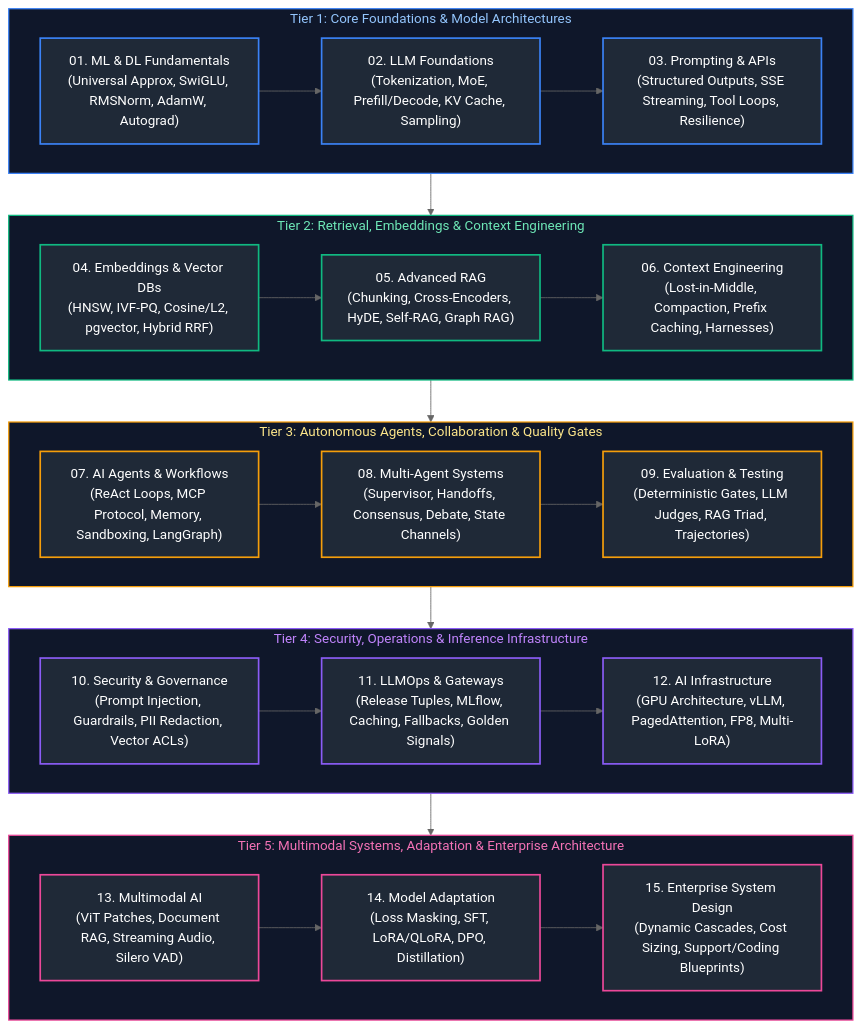
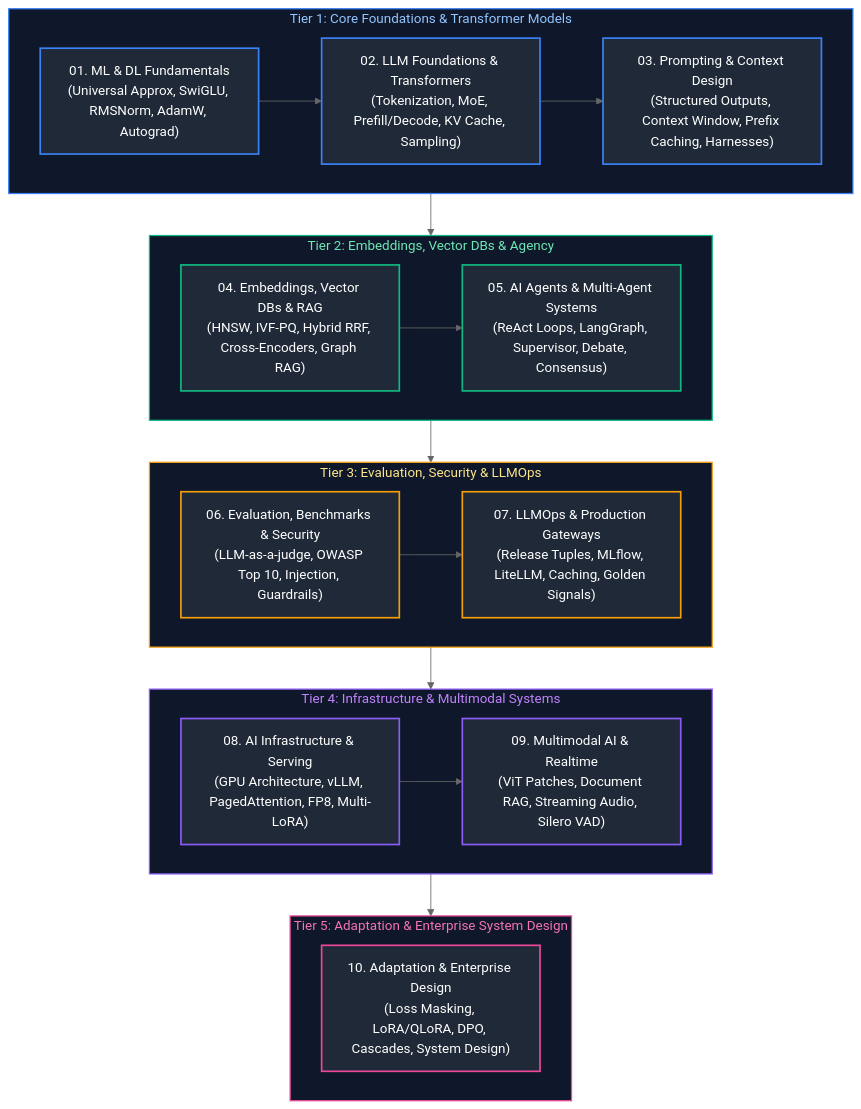
The diagram in AI Engineering/00_ai_study_guide_and_index.md (joydeep-biswas/Interview-Preparation), drawn with Mermaid (neutral theme) before and after one commit. The commit also changed other lines of this file and 178 other files, not shown here.

````diff
--- a/AI Engineering/00_ai_study_guide_and_index.md
+++ b/AI Engineering/00_ai_study_guide_and_index.md
@@ -11,63 +11,53 @@
 ```mermaid
 flowchart TD
-    subgraph Tier1 ["Tier 1: Core Foundations & Model Architectures"]
+    subgraph Tier1 ["Tier 1: Core Foundations & Transformer Models"]
         direction LR
         M1["01. ML & DL Fundamentals<br/>(Universal Approx, SwiGLU, RMSNorm, AdamW, Autograd)"]
-        --> M2["02. LLM Foundations<br/>(Tokenization, MoE, Prefill/Decode, KV Cache, Sampling)"]
-        --> M3["03. Prompting & APIs<br/>(Structured Outputs, SSE Streaming, Tool Loops, Resilience)"]
+        --> M2["02. LLM Foundations & Transformers<br/>(Tokenization, MoE, Prefill/Decode, KV Cache, Sampling)"]
+        --> M3["03. Prompting & Context Design<br/>(Structured Outputs, Context Window, Prefix Caching, Harnesses)"]
     end
 
-    subgraph Tier2 ["Tier 2: Retrieval, Embeddings & Context Engineering"]
+    subgraph Tier2 ["Tier 2: Embeddings, Vector DBs & Agency"]
         direction LR
-        M4["04. Embeddings & Vector DBs<br/>(HNSW, IVF-PQ, Cosine/L2, pgvector, Hybrid RRF)"]
-        --> M5["05. Advanced RAG<br/>(Chunking, Cross-Encoders, HyDE, Self-RAG, Graph RAG)"]
-        --> M6["06. Context Engineering<br/>(Lost-in-Middle, Compaction, Prefix Caching, Harnesses)"]
+        M4["04. Embeddings, Vector DBs & RAG<br/>(HNSW, IVF-PQ, Hybrid RRF, Cross-Encoders, Graph RAG)"]
+        --> M5["05. AI Agents & Multi-Agent Systems<br/>(ReAct Loops, LangGraph, Supervisor, Debate, Consensus)"]
     end
 
-    subgraph Tier3 ["Tier 3: Autonomous Agents, Collaboration & Quality Gates"]
+    subgraph Tier3 ["Tier 3: Evaluation, Security & LLMOps"]
         direction LR
-        M7["07. AI Agents & Workflows<br/>(ReAct Loops, MCP Protocol, Memory, Sandboxing, LangGraph)"]
-        --> M8["08. Multi-Agent Systems<br/>(Supervisor, Handoffs, Consensus, Debate, State Channels)"]
-        --> M9["09. Evaluation & Testing<br/>(Deterministic Gates, LLM Judges, RAG Triad, Trajectories)"]
+        M6["06. Evaluation, Benchmarks & Security<br/>(LLM-as-a-judge, OWASP Top 10, Injection, Guardrails)"]
+        --> M7["07. LLMOps & Production Gateways<br/>(Release Tuples, MLflow, LiteLLM, Caching, Golden Signals)"]
     end
 
-    subgraph Tier4 ["Tier 4: Security, Operations & Inference Infrastructure"]
+    subgraph Tier4 ["Tier 4: Infrastructure & Multimodal Systems"]
         direction LR
-        M10["10. Security & Governance<br/>(Prompt Injection, Guardrails, PII Redaction, Vector ACLs)"]
-        --> M11["11. LLMOps & Gateways<br/>(Release Tuples, MLflow, Caching, Fallbacks, Golden Signals)"]
-        --> M12["12. AI Infrastructure<br/>(GPU Architecture, vLLM, PagedAttention, FP8, Multi-LoRA)"]
+        M8["08. AI Infrastructure & Serving<br/>(GPU Architecture, vLLM, PagedAttention, FP8, Multi-LoRA)"]
+        --> M9["09. Multimodal AI & Realtime<br/>(ViT Patches, Document RAG, Streaming Audio, Silero VAD)"]
     end
 
-    subgraph Tier5 ["Tier 5: Multimodal Systems, Adaptation & Enterprise Architecture"]
+    subgraph Tier5 ["Tier 5: Adaptation & Enterprise System Design"]
         direction LR
-        M13["13. Multimodal AI<br/>(ViT Patches, Document RAG, Streaming Audio, Silero VAD)"]
-        --> M14["14. Model Adaptation<br/>(Loss Masking, SFT, LoRA/QLoRA, DPO, Distillation)"]
-        --> M15["15. Enterprise System Design<br/>(Dynamic Cascades, Cost Sizing, Support/Coding Blueprints)"]
+        M10["10. Adaptation & Enterprise Design<br/>(Loss Masking, LoRA/QLoRA, DPO, Cascades, System Design)"]
     end
 
     Tier1 --> Tier2
     Tier2 --> Tier3
     Tier3 --> Tier4
     Tier4 --> Tier5
 
     style Tier1 fill:#0f172a,stroke:#3b82f6,stroke-width:1.5px,color:#93c5fd
     style Tier2 fill:#0f172a,stroke:#10b981,stroke-width:1.5px,color:#6ee7b7
     style Tier3 fill:#0f172a,stroke:#f59e0b,stroke-width:1.5px,color:#fde68a
     style Tier4 fill:#0f172a,stroke:#8b5cf6,stroke-width:1.5px,color:#c084fc
     style Tier5 fill:#0f172a,stroke:#ec4899,stroke-width:1.5px,color:#f472b6
     style M1 fill:#1f2937,stroke:#3b82f6,stroke-width:2px,color:#fff
     style M2 fill:#1f2937,stroke:#3b82f6,stroke-width:2px,color:#fff
     style M3 fill:#1f2937,stroke:#3b82f6,stroke-width:2px,color:#fff
     style M4 fill:#1f2937,stroke:#10b981,stroke-width:2px,color:#fff
     style M5 fill:#1f2937,stroke:#10b981,stroke-width:2px,color:#fff
-    style M6 fill:#1f2937,stroke:#10b981,stroke-width:2px,color:#fff
+    style M6 fill:#1f2937,stroke:#f59e0b,stroke-width:2px,color:#fff
     style M7 fill:#1f2937,stroke:#f59e0b,stroke-width:2px,color:#fff
-    style M8 fill:#1f2937,stroke:#f59e0b,stroke-width:2px,color:#fff
-    style M9 fill:#1f2937,stroke:#f59e0b,stroke-width:2px,color:#fff
-    style M10 fill:#1f2937,stroke:#8b5cf6,stroke-width:2px,color:#fff
-    style M11 fill:#1f2937,stroke:#8b5cf6,stroke-width:2px,color:#fff
-    style M12 fill:#1f2937,stroke:#8b5cf6,stroke-width:2px,color:#fff
-    style M13 fill:#1f2937,stroke:#ec4899,stroke-width:2px,color:#fff
-    style M14 fill:#1f2937,stroke:#ec4899,stroke-width:2px,color:#fff
-    style M15 fill:#1f2937,stroke:#ec4899,stroke-width:2px,color:#fff
+    style M8 fill:#1f2937,stroke:#8b5cf6,stroke-width:2px,color:#fff
+    style M9 fill:#1f2937,stroke:#8b5cf6,stroke-width:2px,color:#fff
+    style M10 fill:#1f2937,stroke:#ec4899,stroke-width:2px,color:#fff
 ```
````
